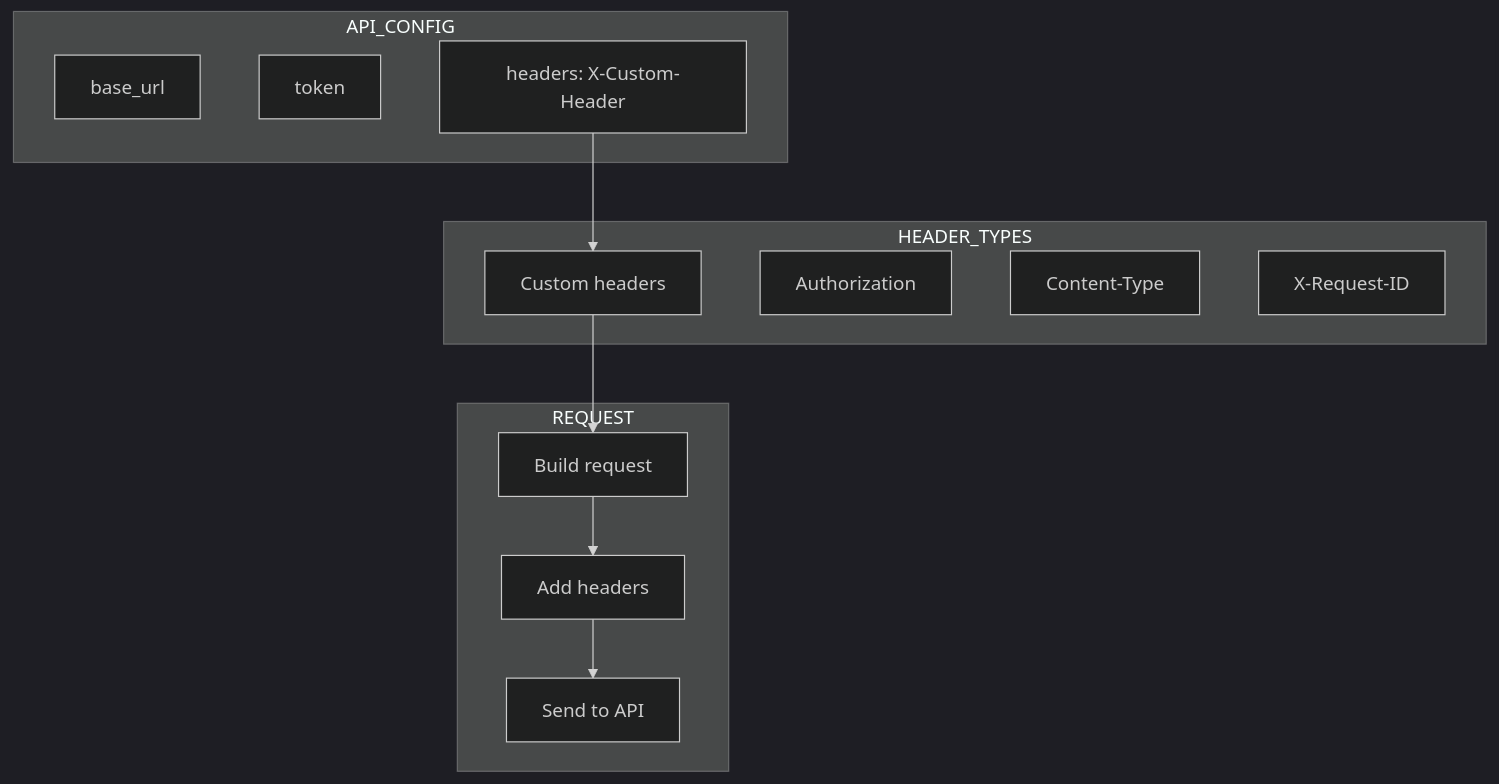
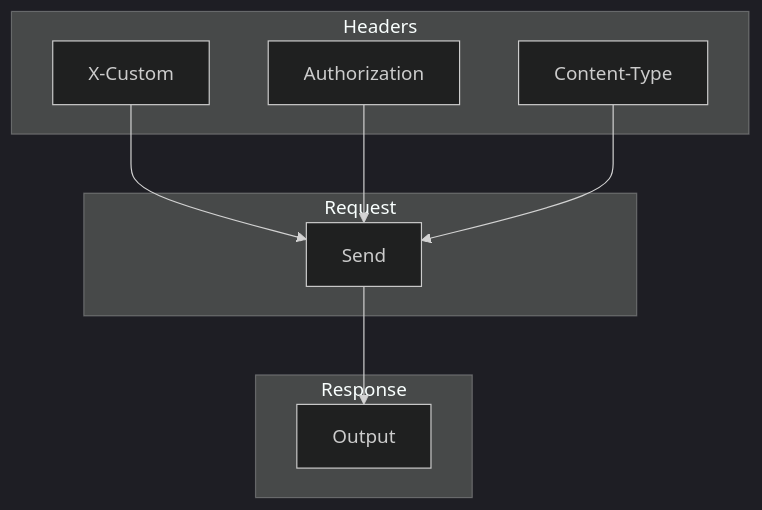
The third of 5 diagrams in examples/api_pipeline/08_api_custom_headers/README.md (wisrovi/wpipe), drawn with Mermaid (dark theme) before and after one commit. The commit also changed other lines of this file and 20 other files, not shown here.

First line of the commit message:
Simplify Mermaid diagrams for better rendering

````diff
--- a/examples/api_pipeline/08_api_custom_headers/README.md
+++ b/examples/api_pipeline/08_api_custom_headers/README.md
@@ -35,23 +32,21 @@
 ```mermaid
 graph TB
-    subgraph API_CONFIG
-        A1[base_url]
-        A2[token]
-        A3[headers: X-Custom-Header]
+    subgraph Headers
+        H1[X-Custom]
+        H2[Authorization]
+        H3[Content-Type]
     end
     
-    subgraph HEADER_TYPES
-        H1[Custom headers]
-        H2[Authorization]
-        H3[Content-Type]
-        H4[X-Request-ID]
+    subgraph Request
+        R[Send]
     end
     
-    subgraph REQUEST
-        R1[Build request]
-        R2[Add headers]
-        R3[Send to API]
+    subgraph Response
+        O[Output]
     end
     
-    A3 --> H1 --> R1 --> R2 --> R3
+    H1 --> R
+    H2 --> R
+    H3 --> R
+    R --> O
 ```
````
